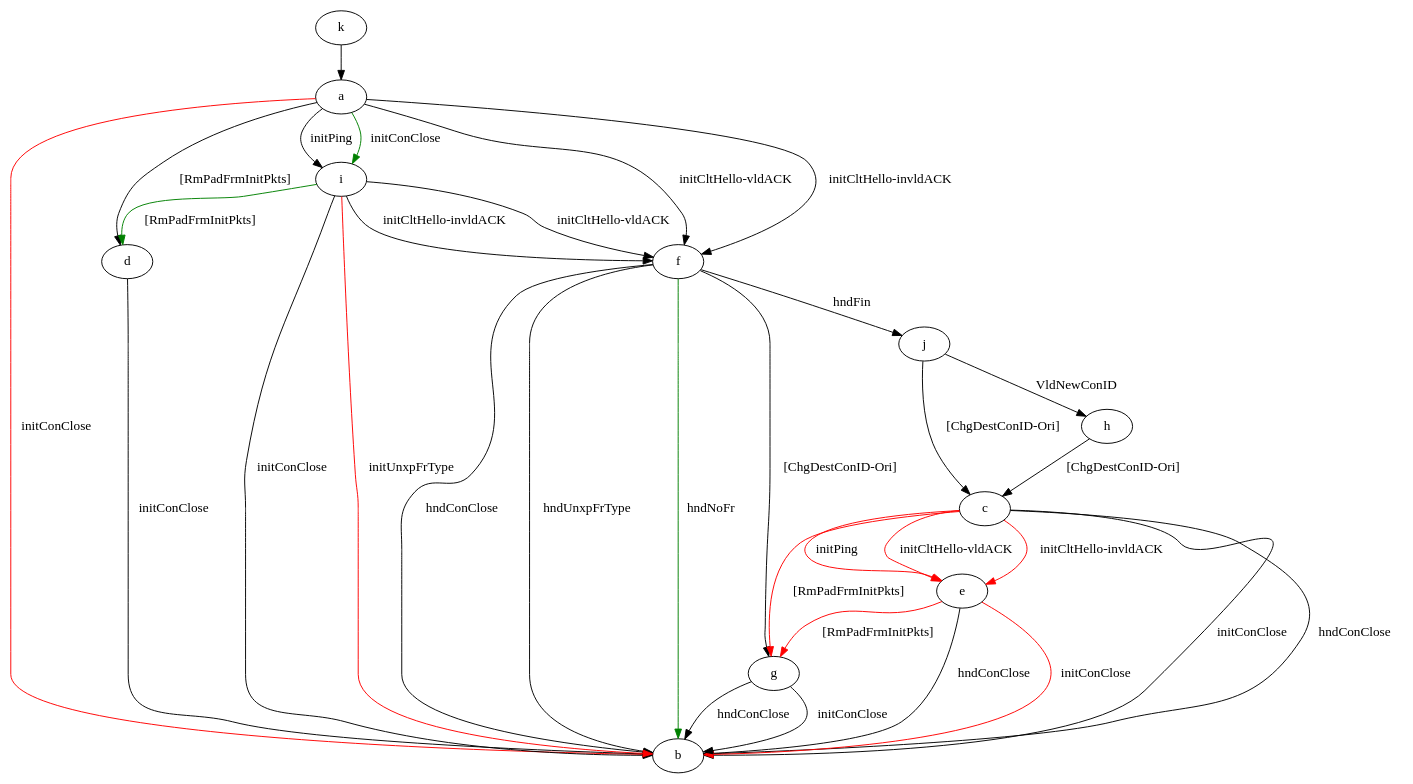
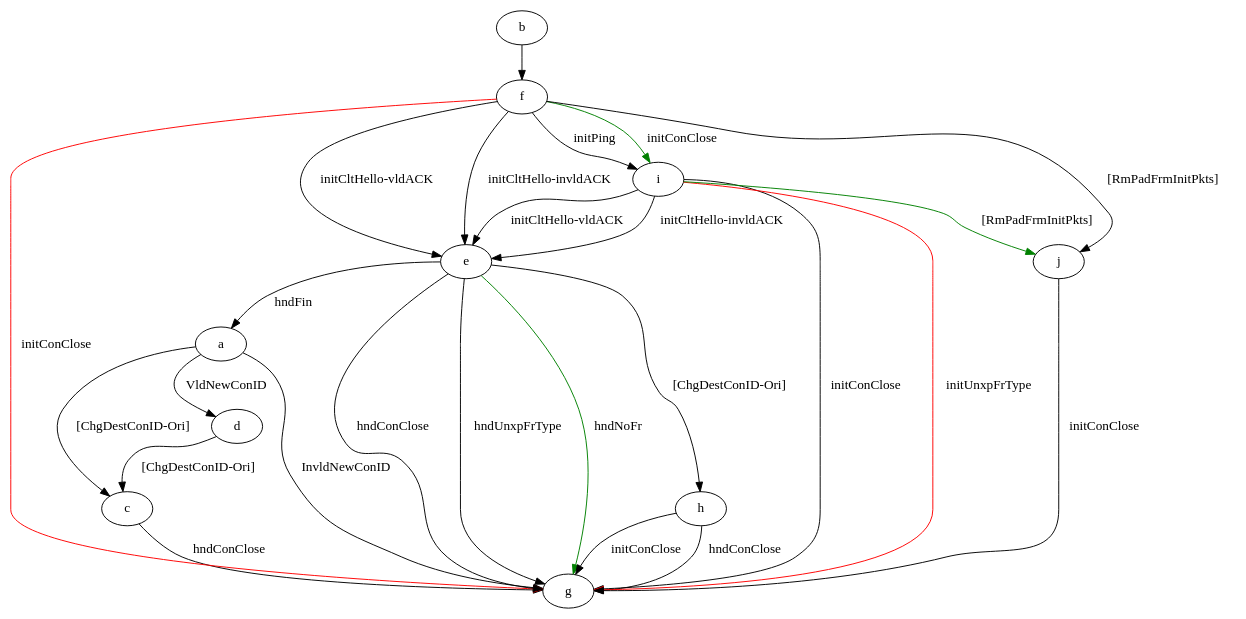
The diagram in results/quiclyModels/crossCheckResults/quicly-B-s-0_vs_neqo-B-s-0.dot (QUICTester/QUICTester), drawn with Graphviz before and after one commit. The commit also changed 2030 other files, not shown here.

```diff
--- a/results/quiclyModels/crossCheckResults/quicly-B-s-0_vs_neqo-B-s-0.dot
+++ b/results/quiclyModels/crossCheckResults/quicly-B-s-0_vs_neqo-B-s-0.dot
@@ -1,76 +1,56 @@
 digraph "" {
-	a -> b	[key=0,
+	a -> c	[key=0,
+		label="[ChgDestConID-Ori] "];
+	a -> d	[key=0,
+		label="VldNewConID "];
+	a -> g	[key=0,
+		label="InvldNewConID "];
+	b -> f	[key=0];
+	c -> g	[key=0,
+		label="hndConClose "];
+	d -> c	[key=0,
+		label="[ChgDestConID-Ori] "];
+	e -> a	[key=0,
+		label="hndFin "];
+	e -> g	[key=0,
+		label="hndConClose "];
+	e -> g	[key=1,
+		label="hndUnxpFrType "];
+	e -> g	[key=2,
+		color=green,
+		label="hndNoFr "];
+	e -> h	[key=0,
+		label="[ChgDestConID-Ori] "];
+	f -> e	[key=0,
+		label="initCltHello-vldACK "];
+	f -> e	[key=1,
+		label="initCltHello-invldACK "];
+	f -> g	[key=0,
 		color=red,
 		label="initConClose "];
-	a -> d	[key=0,
-		label="[RmPadFrmInitPkts] "];
-	a -> f	[key=0,
-		label="initCltHello-vldACK "];
-	a -> f	[key=1,
-		label="initCltHello-invldACK "];
-	a -> i	[key=0,
+	f -> i	[key=0,
 		label="initPing "];
-	a -> i	[key=1,
+	f -> i	[key=1,
 		color=green,
 		label="initConClose "];
-	c -> b	[key=0,
+	f -> j	[key=0,
+		label="[RmPadFrmInitPkts] "];
+	h -> g	[key=0,
 		label="initConClose "];
-	c -> b	[key=1,
+	h -> g	[key=1,
 		label="hndConClose "];
-	c -> e	[key=0,
-		color=red,
-		label="initPing "];
-	c -> e	[key=1,
-		color=red,
+	i -> e	[key=0,
 		label="initCltHello-vldACK "];
-	c -> e	[key=2,
-		color=red,
+	i -> e	[key=1,
 		label="initCltHello-invldACK "];
-	c -> g	[key=0,
-		color=red,
-		label="[RmPadFrmInitPkts] "];
-	d -> b	[key=0,
+	i -> g	[key=0,
 		label="initConClose "];
-	e -> b	[key=0,
-		label="hndConClose "];
-	e -> b	[key=1,
-		color=red,
-		label="initConClose "];
-	e -> g	[key=0,
-		color=red,
-		label="[RmPadFrmInitPkts] "];
-	f -> b	[key=0,
-		label="hndConClose "];
-	f -> b	[key=1,
-		label="hndUnxpFrType "];
-	f -> b	[key=2,
-		color=green,
-		label="hndNoFr "];
-	f -> g	[key=0,
-		label="[ChgDestConID-Ori] "];
-	f -> j	[key=0,
-		label="hndFin "];
-	g -> b	[key=0,
-		label="initConClose "];
-	g -> b	[key=1,
-		label="hndConClose "];
-	h -> c	[key=0,
-		label="[ChgDestConID-Ori] "];
-	i -> b	[key=0,
-		label="initConClose "];
-	i -> b	[key=1,
+	i -> g	[key=1,
 		color=red,
 		label="initUnxpFrType "];
-	i -> d	[key=0,
+	i -> j	[key=0,
 		color=green,
 		label="[RmPadFrmInitPkts] "];
-	i -> f	[key=0,
-		label="initCltHello-vldACK "];
-	i -> f	[key=1,
-		label="initCltHello-invldACK "];
-	j -> c	[key=0,
-		label="[ChgDestConID-Ori] "];
-	j -> h	[key=0,
-		label="VldNewConID "];
-	k -> a	[key=0];
+	j -> g	[key=0,
+		label="initConClose "];
 }
```
